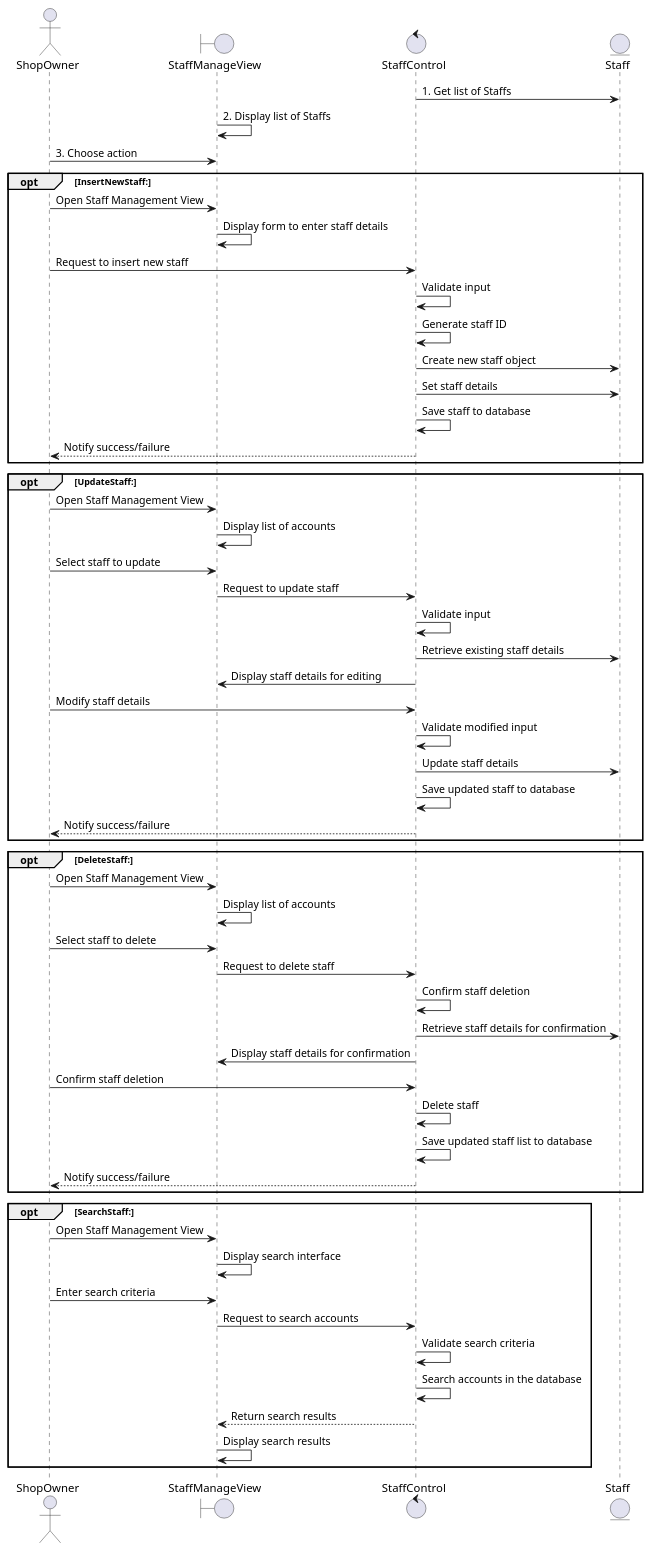
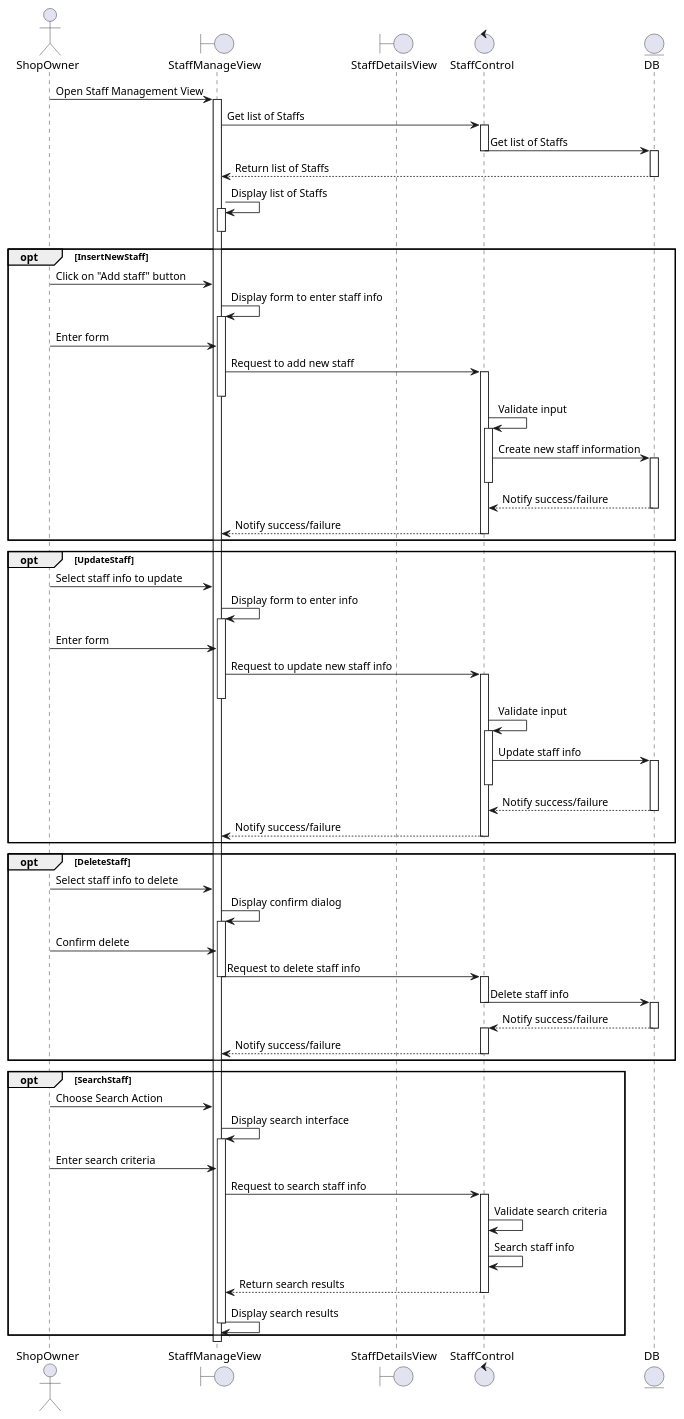
The diagram in Lab 1/Lab 1.2/sequence_diagram/seqManageStaff.plantuml (phamnhutdanh/SE357-Pratice-class), drawn with PlantUML before and after one commit. The commit also changed 55 other files, not shown here.

```diff
--- a/Lab 1/Lab 1.2/sequence_diagram/seqManageStaff.plantuml
+++ b/Lab 1/Lab 1.2/sequence_diagram/seqManageStaff.plantuml
@@ -1,65 +1,96 @@
 @startuml
 
 actor ShopOwner 
 boundary StaffManageView 
+boundary StaffDetailsView 
 control StaffControl
-entity Staff 
+entity DB 
 
-StaffControl -> Staff: 1. Get list of Staffs
-StaffManageView -> StaffManageView: 2. Display list of Staffs
-ShopOwner -> StaffManageView: 3. Choose action
+ShopOwner -> StaffManageView: Open Staff Management View
+activate StaffManageView 
+StaffManageView -> StaffControl : Get list of Staffs
+activate StaffControl 
+StaffControl -> DB: Get list of Staffs
+deactivate StaffControl
+activate DB
+DB --> StaffManageView: Return list of Staffs
+deactivate DB
+StaffManageView -> StaffManageView: Display list of Staffs
+activate StaffManageView 
+deactivate StaffManageView 
 
-opt InsertNewStaff:
-    ShopOwner -> StaffManageView: Open Staff Management View
-    StaffManageView -> StaffManageView: Display form to enter staff details
-    ShopOwner -> StaffControl: Request to insert new staff
+opt InsertNewStaff
+    ShopOwner -> StaffManageView: Click on "Add staff" button
+    StaffManageView -> StaffManageView: Display form to enter staff info
+    activate StaffManageView
+    ShopOwner -> StaffManageView : Enter form
+    StaffManageView -> StaffControl: Request to add new staff
+    activate StaffControl    
+    deactivate StaffManageView
     StaffControl -> StaffControl: Validate input
-    StaffControl -> StaffControl: Generate staff ID
-    StaffControl -> Staff: Create new staff object
-    StaffControl -> Staff: Set staff details
-    StaffControl -> StaffControl: Save staff to database
-    StaffControl --> ShopOwner: Notify success/failure
+    activate StaffControl
+    StaffControl -> DB: Create new staff information
+    activate DB
+    deactivate StaffControl
+    DB--> StaffControl : Notify success/failure
+    deactivate DB
+    StaffControl --> StaffManageView: Notify success/failure
+    deactivate StaffControl
 end   
 
-opt UpdateStaff:
-    ShopOwner -> StaffManageView: Open Staff Management View
-    StaffManageView -> StaffManageView: Display list of accounts
-    ShopOwner -> StaffManageView: Select staff to update
-    StaffManageView -> StaffControl: Request to update staff
+opt UpdateStaff
+    ShopOwner -> StaffManageView: Select staff info to update
+    StaffManageView -> StaffManageView: Display form to enter info
+    activate StaffManageView
+    ShopOwner-> StaffManageView : Enter form
+    StaffManageView -> StaffControl: Request to update new staff info
+    activate StaffControl    
+    deactivate StaffManageView
     StaffControl -> StaffControl: Validate input
-    StaffControl -> Staff: Retrieve existing staff details
-    StaffControl -> StaffManageView: Display staff details for editing
-    ShopOwner -> StaffControl: Modify staff details
-    StaffControl -> StaffControl: Validate modified input
-    StaffControl -> Staff: Update staff details
-    StaffControl -> StaffControl: Save updated staff to database
-    StaffControl --> ShopOwner: Notify success/failure
+    activate StaffControl
+    StaffControl -> DB: Update staff info
+    activate DB
+    deactivate StaffControl
+    DB--> StaffControl : Notify success/failure
+    deactivate DB
+    StaffControl --> StaffManageView: Notify success/failure
+    deactivate StaffControl
 end  
 
-opt DeleteStaff:
-    ShopOwner -> StaffManageView: Open Staff Management View
-    StaffManageView -> StaffManageView: Display list of accounts
-    ShopOwner -> StaffManageView: Select staff to delete
-    StaffManageView -> StaffControl: Request to delete staff
-    StaffControl -> StaffControl: Confirm staff deletion
-    StaffControl -> Staff: Retrieve staff details for confirmation
-    StaffControl -> StaffManageView: Display staff details for confirmation
-    ShopOwner -> StaffControl: Confirm staff deletion
-    StaffControl -> StaffControl: Delete staff
-    StaffControl -> StaffControl: Save updated staff list to database
-    StaffControl --> ShopOwner: Notify success/failure
+opt DeleteStaff
+    ShopOwner -> StaffManageView: Select staff info to delete
+    StaffManageView -> StaffManageView: Display confirm dialog
+    activate StaffManageView
+    ShopOwner -> StaffManageView: Confirm delete
+    
+    StaffManageView -> StaffControl: Request to delete staff info
+    deactivate StaffManageView
+    activate StaffControl    
+
+    StaffControl -> DB: Delete staff info
+    deactivate StaffControl
+    activate DB
+    DB--> StaffControl : Notify success/failure
+    deactivate DB
+    activate StaffControl
+    StaffControl --> StaffManageView: Notify success/failure
+    deactivate StaffControl
 end  
 
-opt SearchStaff:
-    ShopOwner -> StaffManageView: Open Staff Management View
+opt SearchStaff
+    ShopOwner -> StaffManageView: Choose Search Action
     StaffManageView -> StaffManageView: Display search interface
+    activate StaffManageView 
     ShopOwner -> StaffManageView: Enter search criteria
-    StaffManageView -> StaffControl: Request to search accounts
+    StaffManageView -> StaffControl: Request to search staff info
+    activate StaffControl
     StaffControl -> StaffControl: Validate search criteria
-    StaffControl -> StaffControl: Search accounts in the database
+    StaffControl -> StaffControl: Search staff info
     StaffControl --> StaffManageView: Return search results
+    deactivate StaffControl
     StaffManageView -> StaffManageView: Display search results
+    deactivate StaffManageView 
 end  
 
 
 @enduml
```
